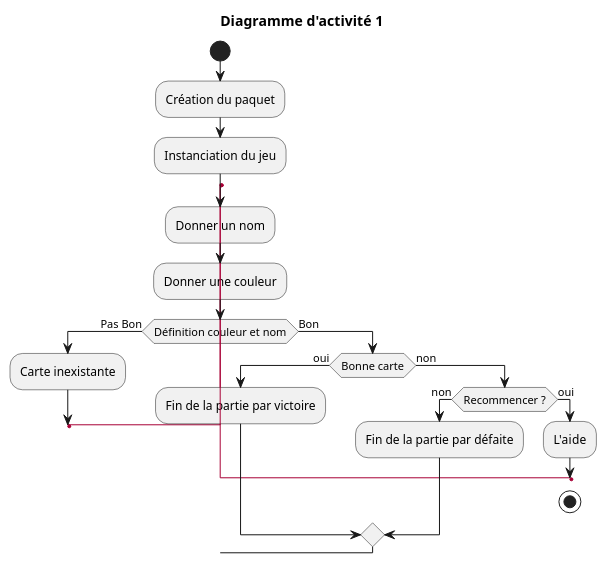
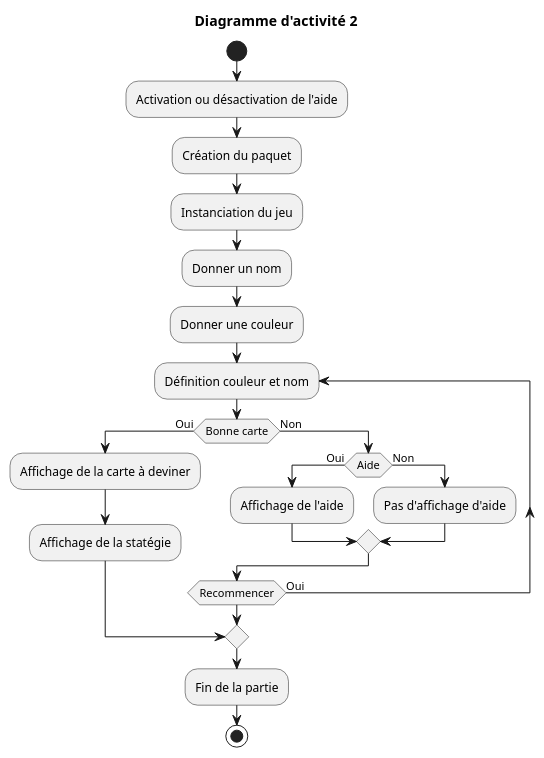
The diagram in src/main/kotlin/org/sio/slam/devine/DiagActPost.adoc (LiLcHUkuY/projet-dev-cartes), drawn with PlantUML before and after one commit.

Commit message:
diagramme 2

```diff
--- a/src/main/kotlin/org/sio/slam/devine/DiagActPost.adoc
+++ b/src/main/kotlin/org/sio/slam/devine/DiagActPost.adoc
@@ -1,31 +1,33 @@
 [plantuml]
 -----
 @startuml
 !pragma useVerticalIf on
-title Diagramme d'activité 1
+title Diagramme d'activité 2
 
 start
 
+:Activation ou désactivation de l'aide;
 :Création du paquet;
 :Instanciation du jeu;
-label retour
 :Donner un nom;
 :Donner une couleur;
 
-if (Définition couleur et nom) then (Pas Bon)
-    :Carte inexistante;
-    goto retour
+repeat :Définition couleur et nom;
+if (Bonne carte) then (Oui)
+    :Affichage de la carte à deviner;
+    :Affichage de la statégie;
+    break
+else (Non)
+    if (Aide) then (Oui)
+        :Affichage de l'aide;
+    else (Non)
+        :Pas d'affichage d'aide;
+    endif
+endif
+repeat while (Recommencer) is (Oui)
 
-else (Bon)
-    if (Bonne carte) then (oui)
-        :Fin de la partie par victoire;
-    else (non)
-        if (Recommencer ?) then (non)
-            :Fin de la partie par défaite;
-        else (oui)
-            :L'aide;
-            goto retour
+:Fin de la partie;
+
 stop
-
 @enduml
 -----
```
